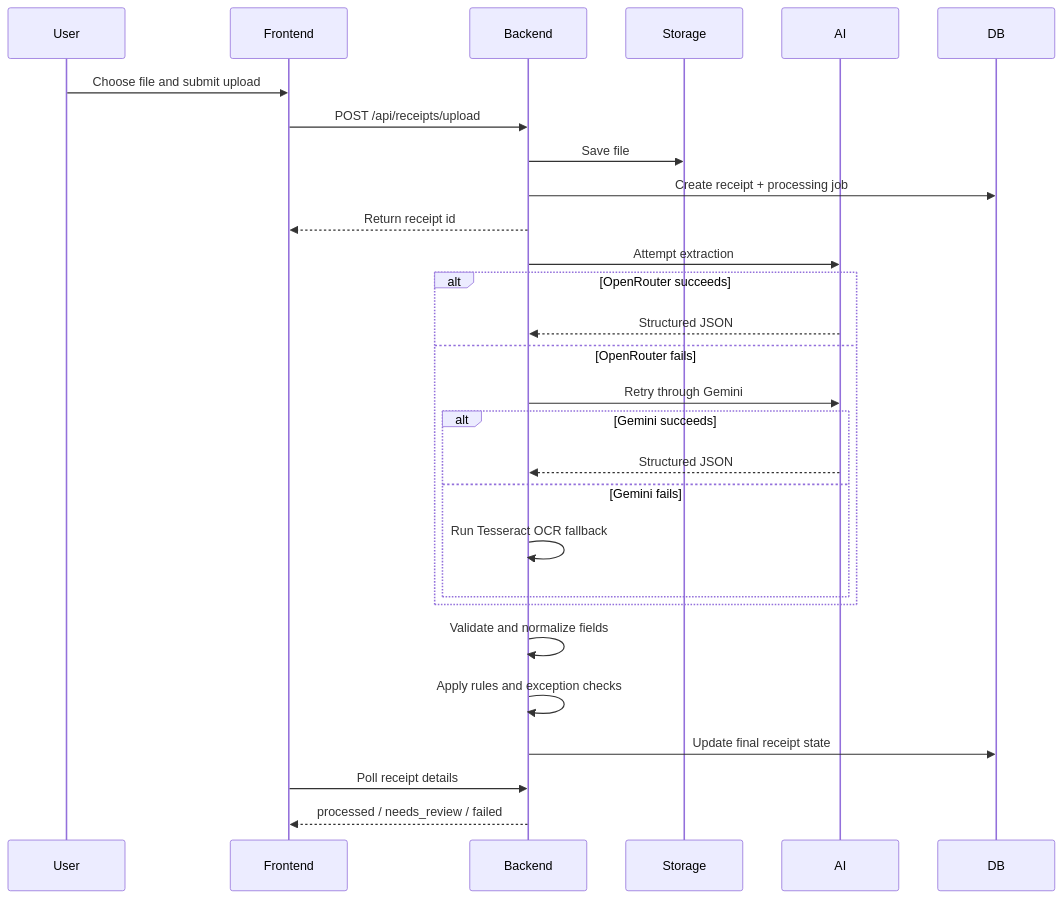
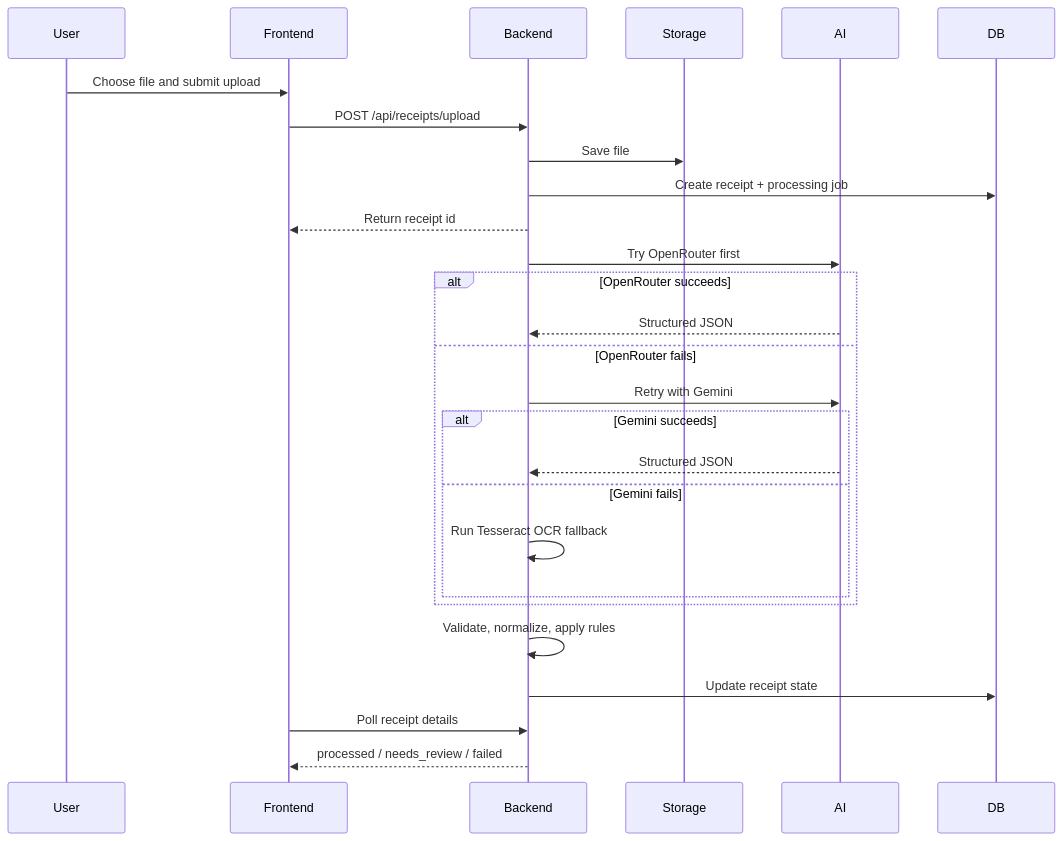
The first of 2 diagrams in docs/FLOW.md (dushyant4665/receiptmind), drawn with Mermaid before and after one commit. The commit also changed other lines of this file and 22 other files, not shown here.

````diff
--- a/docs/FLOW.md
+++ b/docs/FLOW.md
@@ -7,31 +7,30 @@
 ```mermaid
 sequenceDiagram
     participant User
     participant Frontend
     participant Backend
     participant Storage
     participant AI
     participant DB
 
     User->>Frontend: Choose file and submit upload
     Frontend->>Backend: POST /api/receipts/upload
     Backend->>Storage: Save file
     Backend->>DB: Create receipt + processing job
     Backend-->>Frontend: Return receipt id
-    Backend->>AI: Attempt extraction
+    Backend->>AI: Try OpenRouter first
     alt OpenRouter succeeds
         AI-->>Backend: Structured JSON
     else OpenRouter fails
-        Backend->>AI: Retry through Gemini
+        Backend->>AI: Retry with Gemini
         alt Gemini succeeds
             AI-->>Backend: Structured JSON
         else Gemini fails
             Backend->>Backend: Run Tesseract OCR fallback
         end
     end
-    Backend->>Backend: Validate and normalize fields
-    Backend->>Backend: Apply rules and exception checks
-    Backend->>DB: Update final receipt state
+    Backend->>Backend: Validate, normalize, apply rules
+    Backend->>DB: Update receipt state
     Frontend->>Backend: Poll receipt details
     Backend-->>Frontend: processed / needs_review / failed
 ```
````
